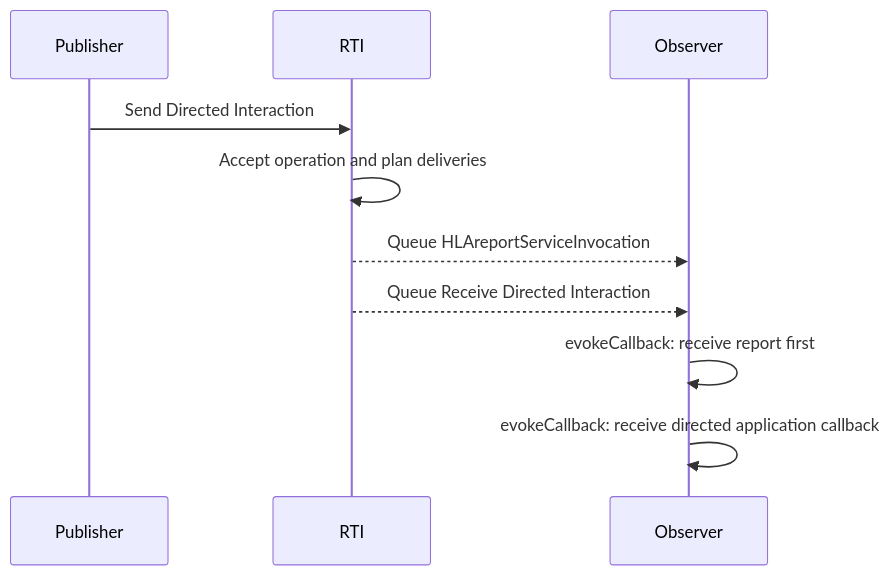
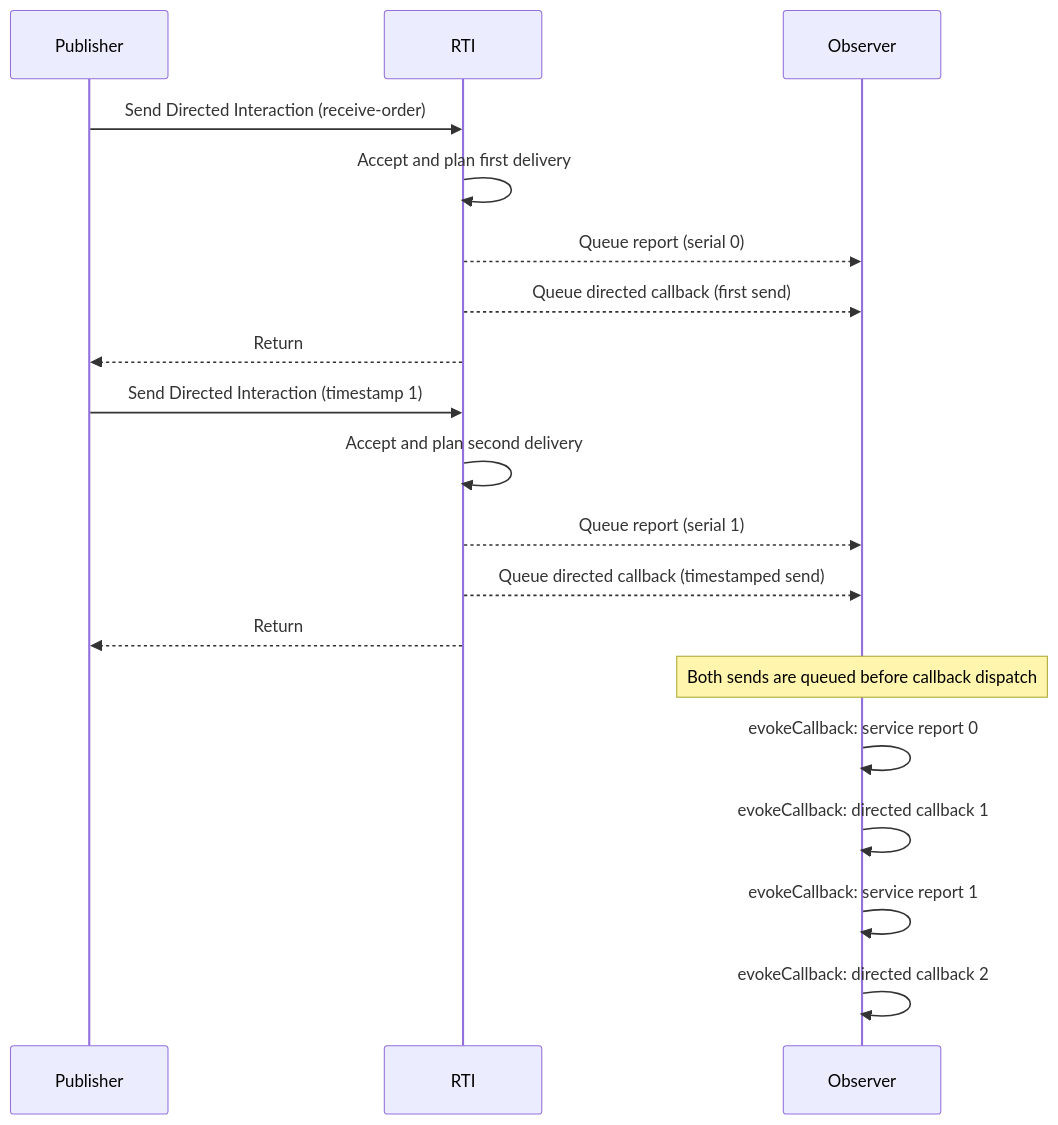
Before and after one commit to sheepfling/umbra: diagram 12 of 17 in docs/design/HLA-2025-SERVICE-INVOCATION-REPORTING-FLOW-GUIDE.md, drawn with Mermaid. The commit also changed other lines of this file and 21 other files, not shown here.

Commit message:
docs: publish 2025 HLA flow guide update

````diff
--- a/docs/design/HLA-2025-SERVICE-INVOCATION-REPORTING-FLOW-GUIDE.md
+++ b/docs/design/HLA-2025-SERVICE-INVOCATION-REPORTING-FLOW-GUIDE.md
@@ -538,12 +940,21 @@
 ```mermaid
 sequenceDiagram
   participant P as Publisher
   participant RTI as RTI
   participant O as Observer
-  P->>RTI: Send Directed Interaction
-  RTI->>RTI: Accept operation and plan deliveries
-  RTI-->>O: Queue HLAreportServiceInvocation
-  RTI-->>O: Queue Receive Directed Interaction
-  O->>O: evokeCallback: receive report first
-  O->>O: evokeCallback: receive directed application callback
+  P->>RTI: Send Directed Interaction (receive-order)
+  RTI->>RTI: Accept and plan first delivery
+  RTI-->>O: Queue report (serial 0)
+  RTI-->>O: Queue directed callback (first send)
+  RTI-->>P: Return
+  P->>RTI: Send Directed Interaction (timestamp 1)
+  RTI->>RTI: Accept and plan second delivery
+  RTI-->>O: Queue report (serial 1)
+  RTI-->>O: Queue directed callback (timestamped send)
+  RTI-->>P: Return
+  Note over O: Both sends are queued before callback dispatch
+  O->>O: evokeCallback: service report 0
+  O->>O: evokeCallback: directed callback 1
+  O->>O: evokeCallback: service report 1
+  O->>O: evokeCallback: directed callback 2
 ```
````
